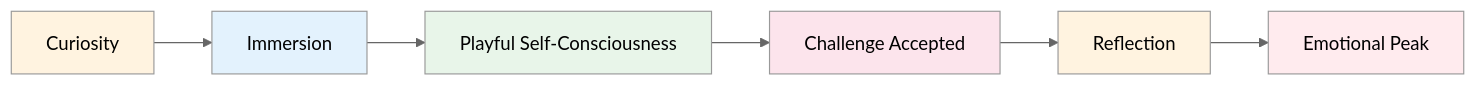
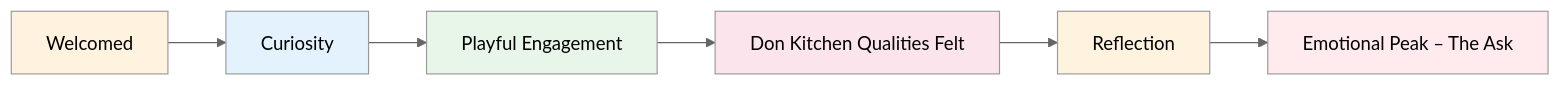
The second of 3 diagrams in .agents/USER_JOURNEY.md (donkhoanguyen/vlntn_2026), drawn with Mermaid (neutral theme) before and after one commit. The commit also changed other lines of this file and 14 other files, not shown here.

````diff
--- a/.agents/USER_JOURNEY.md
+++ b/.agents/USER_JOURNEY.md
@@ -62,15 +68,15 @@
 ```mermaid
 graph LR
-    A[Curiosity] --> B[Immersion]
-    B --> C[Playful Self-Consciousness]
-    C --> D[Challenge Accepted]
+    A[Welcomed] --> B[Curiosity]
+    B --> C[Playful Engagement]
+    C --> D[Don Kitchen Qualities Felt]
     D --> E[Reflection]
-    E --> F[Emotional Peak]
+    E --> F[Emotional Peak – The Ask]
     
     style A fill:#fff3e0
     style B fill:#e3f2fd
     style C fill:#e8f5e9
     style D fill:#fce4ec
     style E fill:#fff3e0
     style F fill:#ffebee
 ```
````
